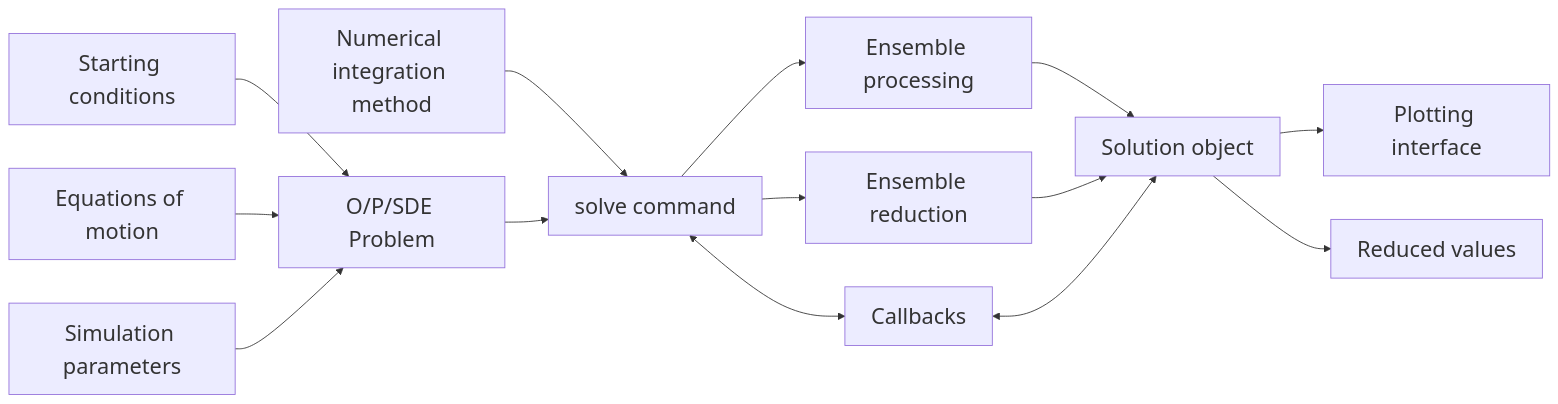
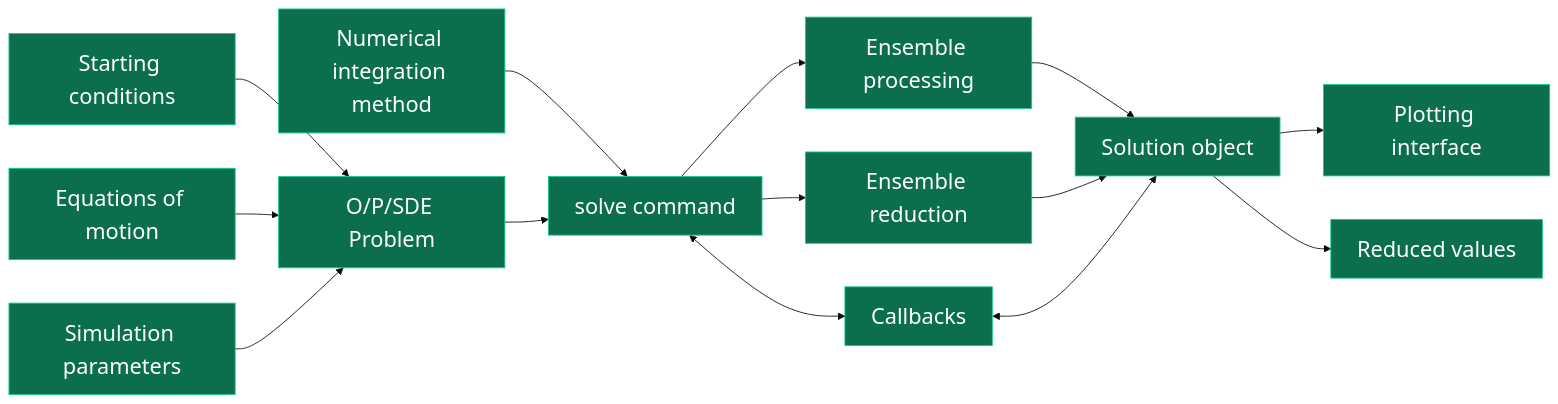
One commit to Alexsp32/NQCDynamics.jl-tech-presentation changed the diagram in images/DiffEQ.mmd. Above: the diagram before and after it, drawn with Mermaid. The commit also changed 14 other files, not shown here.

```diff
--- a/images/DiffEQ.mmd
+++ b/images/DiffEQ.mmd
@@ -1,13 +1,24 @@
-%%{init: {'theme': 'default', 'themeVariables': { 'fontSize': '25px'}}}%%
+%%{
+    init: {
+        'theme': 'base', 
+        'themeVariables': { 
+            'fontSize': '25px',
+            'primaryColor': '#0B6E4F',
+            'primaryBorderColor': '#14cb92',
+            'primaryTextColor': '#fff',
+            'fontFamily': 'Lexend'
+        }
+    }
+}%%
 
 graph LR
     I[Starting conditions] --> P[O/P/SDE Problem]
     F[Equations of motion] --> P
     SP[Simulation parameters] --> P
     K[Numerical integration method] --> s[solve command]
     P --> s
     s --> M[Ensemble processing] --> S
     s --> R[Ensemble reduction] --> S[Solution object]
     s <--> C[Callbacks] <--> S
     S --> O[Plotting interface]
     S --> OA[Reduced values]
```
